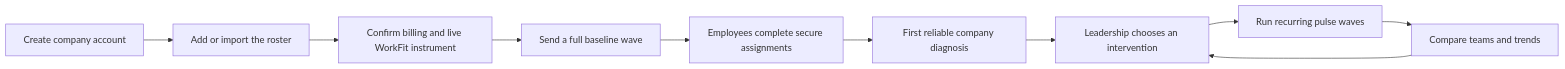
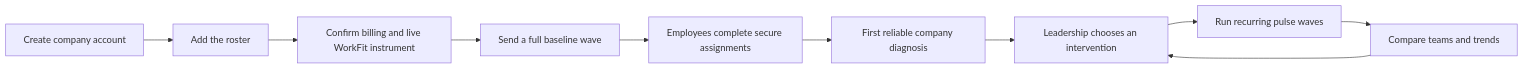
The diagram in docs/PRODUCT_VISION_AND_BUSINESS_MODEL.md (gurulost/empulse), drawn with Mermaid before and after one commit. The commit also changed other lines of this file and 349 other files, not shown here.

````diff
--- a/docs/PRODUCT_VISION_AND_BUSINESS_MODEL.md
+++ b/docs/PRODUCT_VISION_AND_BUSINESS_MODEL.md
@@ -101,12 +103,12 @@
 ```mermaid
 flowchart LR
-    A["Create company account"] --> B["Add or import the roster"]
+    A["Create company account"] --> B["Add the roster"]
     B --> C["Confirm billing and live WorkFit instrument"]
     C --> D["Send a full baseline wave"]
     D --> E["Employees complete secure assignments"]
     E --> F["First reliable company diagnosis"]
     F --> G["Leadership chooses an intervention"]
     G --> H["Run recurring pulse waves"]
     H --> I["Compare teams and trends"]
     I --> G
 ```
````
